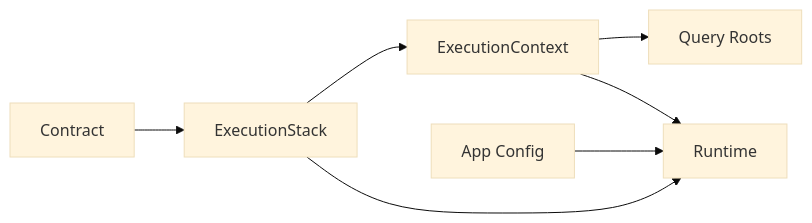
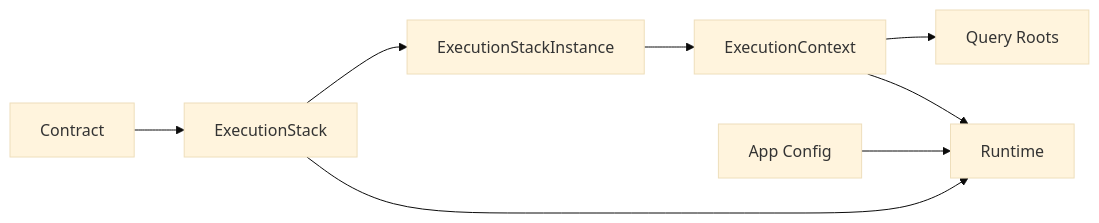
The diagram in examples/prisma-next-demo/README.md (prisma/prisma-next), drawn with Mermaid (base theme) before and after one commit. The commit also changed 16 other files, not shown here.

````diff
--- a/examples/prisma-next-demo/README.md
+++ b/examples/prisma-next-demo/README.md
@@ -64,9 +64,10 @@
 ```mermaid
 flowchart LR
   Contract[Contract] --> Stack[ExecutionStack]
-  Stack --> Context[ExecutionContext]
+  Stack --> StackI[ExecutionStackInstance]
+  StackI --> Context[ExecutionContext]
   Context --> QueryRoots[Query Roots]
   AppConfig[App Config] --> Runtime[Runtime]
   Stack --> Runtime
   Context --> Runtime
 ```
````
